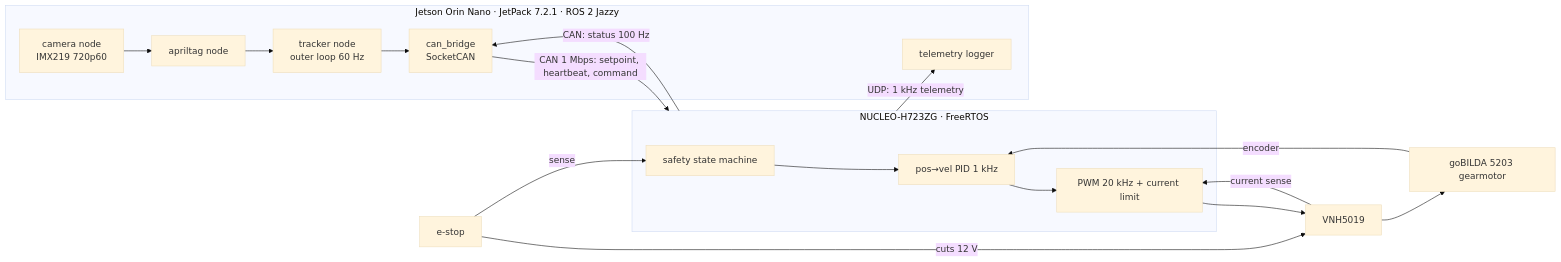
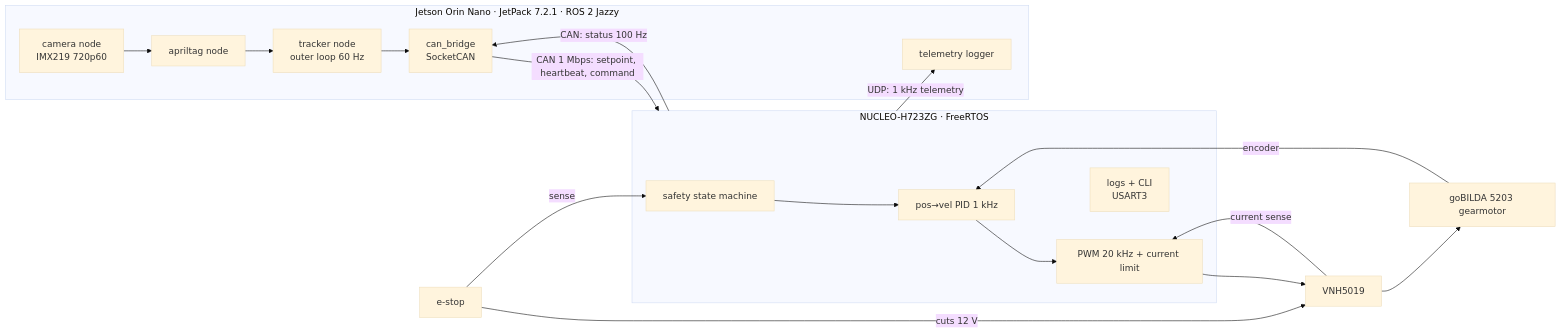
One commit to haleighv/jetson-stm32-pan-tracker changed the diagram in README.md. Above: the diagram before and after it, drawn with Mermaid (base theme). The commit also changed other lines of this file, not shown here.

````diff
--- a/README.md
+++ b/README.md
@@ -28,21 +39,22 @@
 ```mermaid
 flowchart LR
   subgraph J[Jetson Orin Nano · JetPack 7.2.1 · ROS 2 Jazzy]
     CAM[camera node<br/>IMX219 720p60] --> TAG[apriltag node]
     TAG --> TRK[tracker node<br/>outer loop 60 Hz]
     TRK --> BR[can_bridge<br/>SocketCAN]
     LOG[telemetry logger]
   end
   BR -- "CAN 1 Mbps: setpoint, heartbeat, command" --> M
   M -- "CAN: status 100 Hz" --> BR
   M -- "UDP: 1 kHz telemetry" --> LOG
   subgraph M[NUCLEO-H723ZG · FreeRTOS]
     SAFE[safety state machine] --> CTL[pos→vel PID 1 kHz]
     CTL --> PWM[PWM 20 kHz + current limit]
+    DBG[logs + CLI<br/>USART3]
   end
   PWM --> DRV[VNH5019] --> MOT[goBILDA 5203 gearmotor]
   MOT -- encoder --> CTL
   DRV -- current sense --> PWM
   ES[e-stop] -- "cuts 12 V" --> DRV
   ES -- sense --> SAFE
 ```
````
